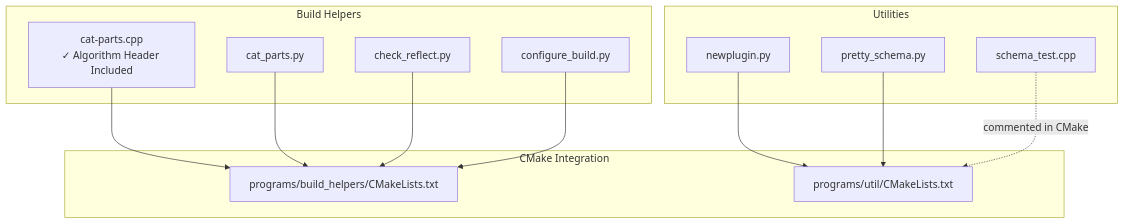
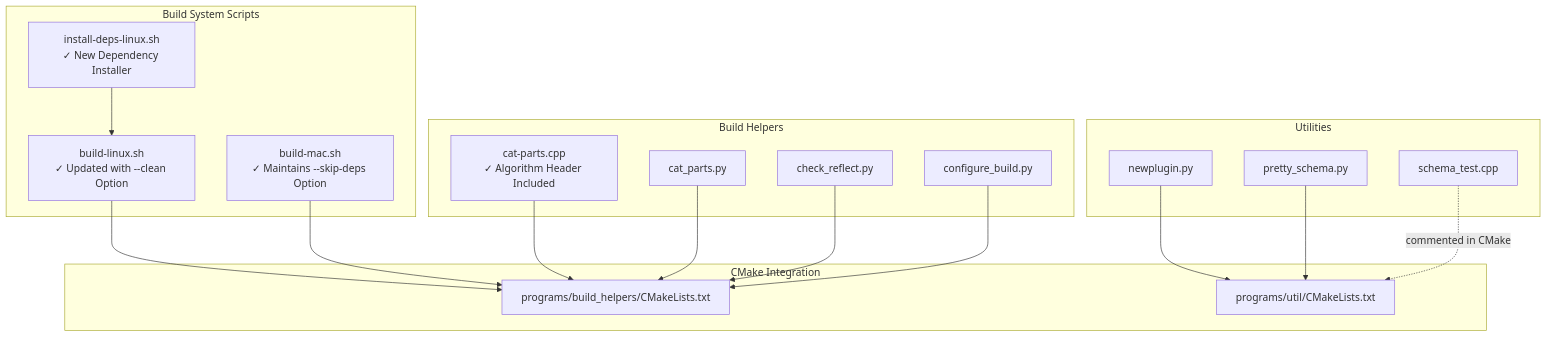
Before and after one commit to VIZ-Blockchain/viz-cpp-node: the first of 12 diagrams in .qoder/repowiki/en/content/Development Tools/Build System/Build Helper Tools/Build Helper Tools.md, drawn with Mermaid. The commit also changed other lines of this file and 6 other files, not shown here.

````diff
--- a/.qoder/repowiki/en/content/Development Tools/Build System/Build Helper Tools/Build Helper Tools.md
+++ b/.qoder/repowiki/en/content/Development Tools/Build System/Build Helper Tools/Build Helper Tools.md
@@ -45,25 +51,33 @@
 ```mermaid
 graph TB
+subgraph "Build System Scripts"
+IDL["install-deps-linux.sh<br/>✓ New Dependency Installer"]
+BL["build-linux.sh<br/>✓ Updated with --clean Option"]
+BM["build-mac.sh<br/>✓ Maintains --skip-deps Option"]
+end
 subgraph "Build Helpers"
 CP["cat-parts.cpp<br/>✓ Algorithm Header Included"]
 CPY["cat_parts.py"]
 CR["check_reflect.py"]
 CFG["configure_build.py"]
 end
 subgraph "Utilities"
 NP["newplugin.py"]
 PS["pretty_schema.py"]
 ST["schema_test.cpp"]
 end
 subgraph "CMake Integration"
 CL1["programs/build_helpers/CMakeLists.txt"]
 CL2["programs/util/CMakeLists.txt"]
 end
+IDL --> BL
+BL --> CL1
+BM --> CL1
 CP --> CL1
 CPY --> CL1
 CR --> CL1
 CFG --> CL1
 NP --> CL2
 PS --> CL2
 ST -. "commented in CMake" .-> CL2
 ```
````
